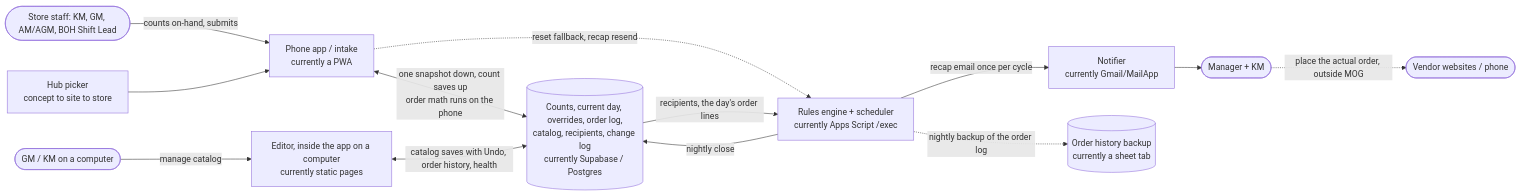
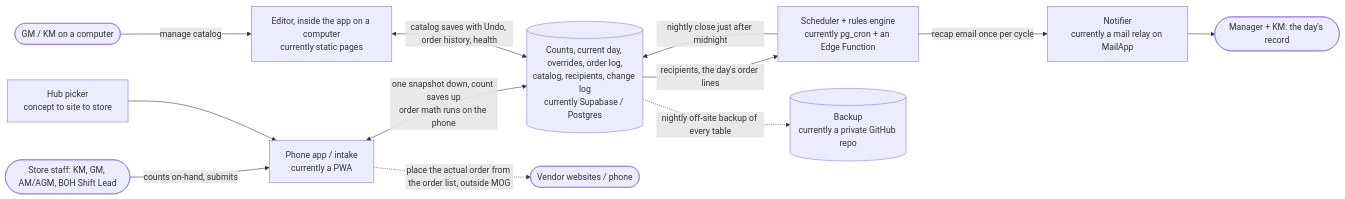
The diagram in docs/MOG_LogicBlueprint.md (SebHEH/mog-mobile), drawn with Mermaid before and after one commit. The commit also changed other lines of this file and 2 other files, not shown here.

First line of the commit message:
docs: Logic Blueprint for steps 2 and 3 (the midnight close, no phone reset, orders placed from the app)

````diff
--- a/docs/MOG_LogicBlueprint.md
+++ b/docs/MOG_LogicBlueprint.md
@@ -142,18 +143,17 @@
 ```mermaid
 flowchart LR
   USER([Store staff: KM, GM, AM/AGM, BOH Shift Lead]) -->|counts on-hand, submits| PWA[Phone app / intake<br/>currently a PWA]
   ADMIN([GM / KM on a computer]) -->|manage catalog| ED[Editor, inside the app on a computer<br/>currently static pages]
   HUB[Hub picker<br/>concept to site to store] --> PWA
 
   PWA <-->|one snapshot down, count saves up<br/>order math runs on the phone| DB[(Counts, current day, overrides, order log,<br/>catalog, recipients, change log<br/>currently Supabase / Postgres)]
-  PWA -.->|reset fallback, recap resend| API[Rules engine + scheduler<br/>currently Apps Script /exec]
+  PWA -.->|place the actual order from the order list, outside MOG| VENDOR([Vendor websites / phone])
   ED <-->|catalog saves with Undo, order history, health| DB
 
-  API -->|nightly close| DB
-  DB -->|recipients, the day's order lines| API
-  API -->|recap email once per cycle| MAIL[Notifier<br/>currently Gmail/MailApp]
-  MAIL --> RCPT([Manager + KM])
-  RCPT -.->|place the actual order, outside MOG| VENDOR([Vendor websites / phone])
+  SCHED[Scheduler + rules engine<br/>currently pg_cron + an Edge Function] -->|nightly close just after midnight| DB
+  DB -->|recipients, the day's order lines| SCHED
+  SCHED -->|recap email once per cycle| MAIL[Notifier<br/>currently a mail relay on MailApp]
+  MAIL --> RCPT([Manager + KM: the day's record])
 
-  API -.->|nightly backup of the order log| LOG[(Order history backup<br/>currently a sheet tab)]
+  DB -.->|nightly off-site backup of every table| LOG[(Backup<br/>currently a private GitHub repo)]
 ```
````
